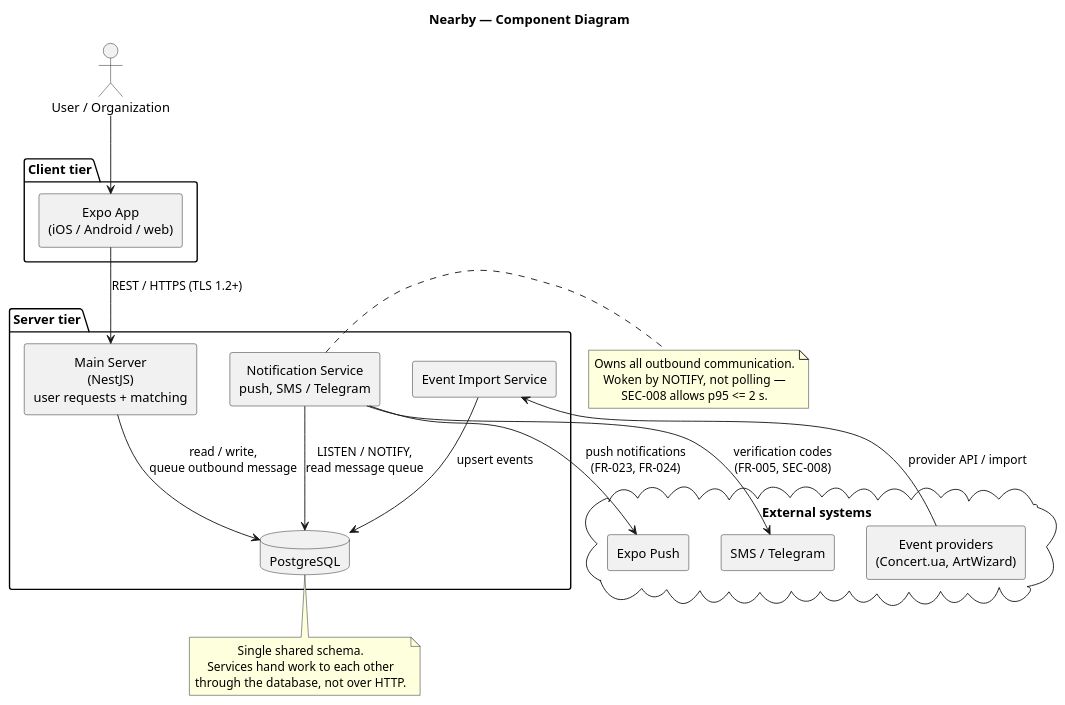
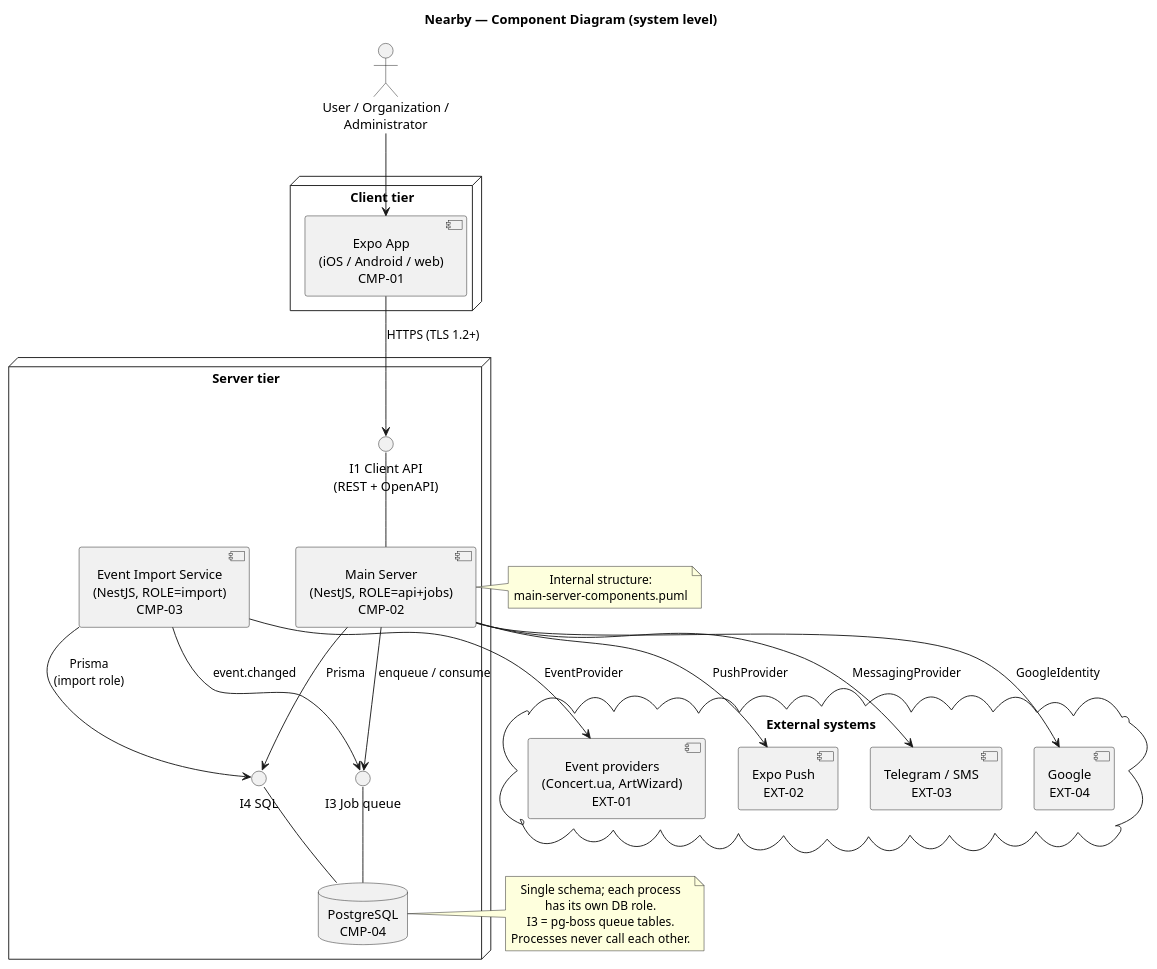
One commit to ukma-fin-ssdm-2026/pun-intended-team changed the diagram in docs/architecture/uml/component-diagram.puml. Above: the diagram before and after it, drawn with PlantUML. The commit also changed 10 other files, not shown here.

Commit message:
(#52) Update architecture to modular monolith and add ADRs

```diff
--- a/docs/architecture/uml/component-diagram.puml
+++ b/docs/architecture/uml/component-diagram.puml
@@ -1,50 +1,59 @@
 @startuml component-diagram
-title Nearby — Component Diagram
+title Nearby — Component Diagram (system level)
 
-skinparam componentStyle rectangle
+skinparam componentStyle uml2
 skinparam shadowing false
 skinparam defaultTextAlignment center
 
-actor "User / Organization" as Actor
+actor "User / Organization /\nAdministrator" as Actor
 
-package "Client tier" {
-  [Expo App\n(iOS / Android / web)] as CMP01
+node "Client tier" {
+  [Expo App\n(iOS / Android / web)\nCMP-01] as CMP01
 }
 
-package "Server tier" {
-  [Main Server\n(NestJS)\nuser requests + matching] as CMP02
-  [Notification Service\npush, SMS / Telegram] as CMP03
-  [Event Import Service] as CMP04
-  database "PostgreSQL" as CMP05
+node "Server tier" {
+  () "I1 Client API\n(REST + OpenAPI)" as I1
+  [Main Server\n(NestJS, ROLE=api+jobs)\nCMP-02] as CMP02
+  [Event Import Service\n(NestJS, ROLE=import)\nCMP-03] as CMP04
+
+  () "I4 SQL" as I4
+  () "I3 Job queue" as I3
+  database "PostgreSQL\nCMP-04" as CMP05
 }
 
 cloud "External systems" {
-  [Event providers\n(Concert.ua, ArtWizard)] as EXT01
-  [Expo Push] as EXT02
-  [SMS / Telegram] as EXT03
+  [Expo Push\nEXT-02] as EXT02
+  [Telegram / SMS\nEXT-03] as EXT03
+  [Google\nEXT-04] as EXT04
+  [Event providers\n(Concert.ua, ArtWizard)\nEXT-01] as EXT01
 }
 
 Actor --> CMP01
-CMP01 --> CMP02 : REST / HTTPS (TLS 1.2+)
+CMP01 -down-> I1 : HTTPS (TLS 1.2+)
+I1 -down- CMP02
 
-CMP02 --> CMP05 : read / write,\nqueue outbound message
-CMP03 --> CMP05 : LISTEN / NOTIFY,\nread message queue
-CMP04 --> CMP05 : upsert events
+CMP02 -down-> I4 : Prisma
+CMP04 -down-> I4 : Prisma\n(import role)
+CMP02 -down-> I3 : enqueue / consume
+CMP04 -down-> I3 : event.changed
+I4 -down- CMP05
+I3 -down- CMP05
 
-EXT01 --> CMP04 : provider API / import
-CMP03 --> EXT02 : push notifications\n(FR-023, FR-024)
-CMP03 --> EXT03 : verification codes\n(FR-005, SEC-008)
+CMP02 -down-> EXT02 : «PushProvider»
+CMP02 -down-> EXT03 : «MessagingProvider»
+CMP02 -down-> EXT04 : «GoogleIdentity»
+CMP04 -down-> EXT01 : «EventProvider»
 
-note right of CMP03
-  Owns all outbound communication.
-  Woken by NOTIFY, not polling —
-  SEC-008 allows p95 <= 2 s.
+note right of CMP05
+  Single schema; each process
+  has its own DB role.
+  I3 = pg-boss queue tables.
+  Processes never call each other.
 end note
 
-note bottom of CMP05
-  Single shared schema.
-  Services hand work to each other
-  through the database, not over HTTP.
+note left of CMP02
+  Internal structure:
+  main-server-components.puml
 end note
 
 @enduml
```
